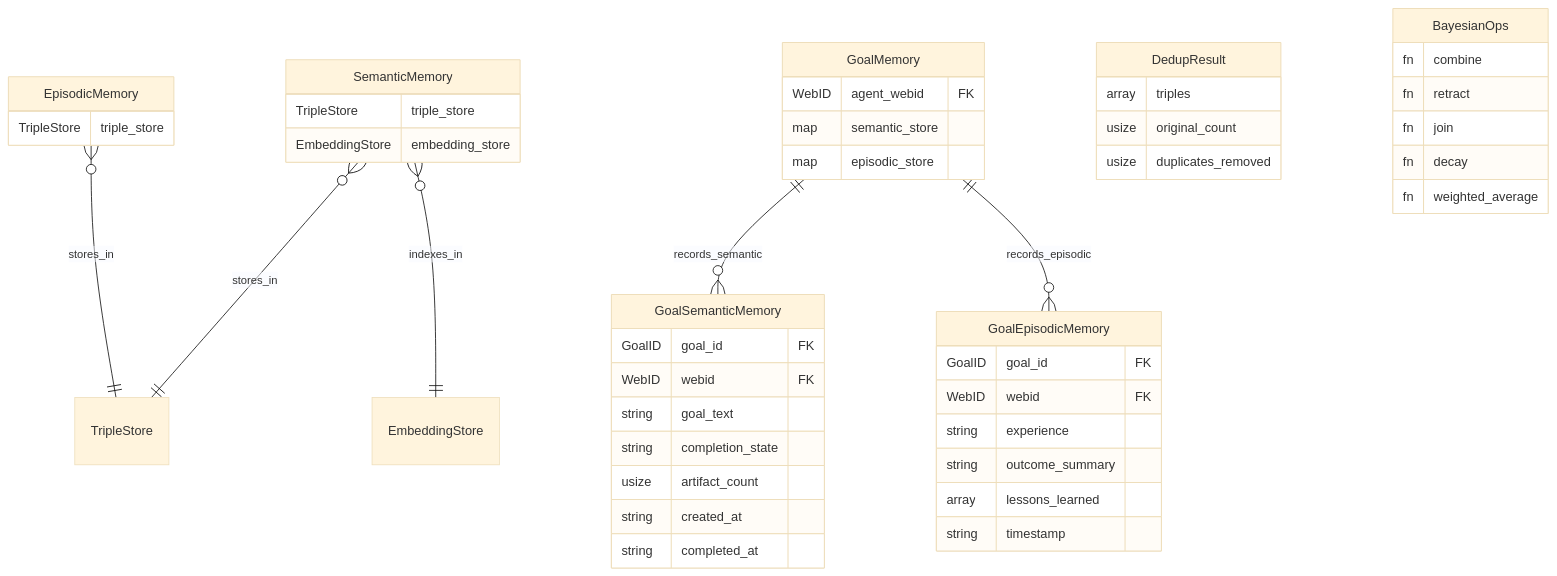
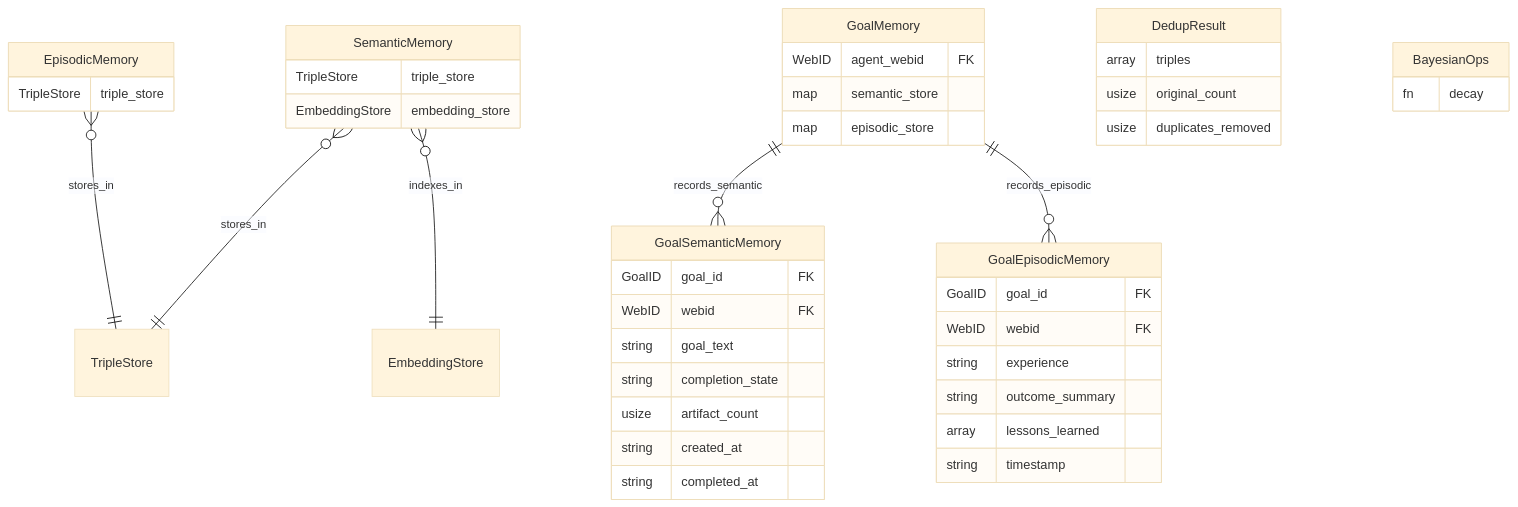
One commit to mdz-axo/hKask changed the fourth of 12 diagrams in docs/architecture/reference/subsystem-erds.md. Above: the diagram before and after it, drawn with Mermaid (base theme). The commit also changed 33 other files, not shown here.

````diff
--- a/docs/architecture/reference/subsystem-erds.md
+++ b/docs/architecture/reference/subsystem-erds.md
@@ -405,56 +405,52 @@
 ```mermaid
 erDiagram
     EpisodicMemory }o--|| TripleStore : "stores_in"
     SemanticMemory }o--|| TripleStore : "stores_in"
     SemanticMemory }o--|| EmbeddingStore : "indexes_in"
     GoalMemory ||--o{ GoalSemanticMemory : "records_semantic"
     GoalMemory ||--o{ GoalEpisodicMemory : "records_episodic"
 
     EpisodicMemory {
         TripleStore triple_store
     }
 
     SemanticMemory {
         TripleStore triple_store
         EmbeddingStore embedding_store
     }
 
     GoalSemanticMemory {
         GoalID goal_id FK
         WebID webid FK
         string goal_text
         string completion_state
         usize artifact_count
         string created_at
         string completed_at
     }
 
     GoalEpisodicMemory {
         GoalID goal_id FK
         WebID webid FK
         string experience
         string outcome_summary
         array lessons_learned
         string timestamp
     }
 
     GoalMemory {
         WebID agent_webid FK
         map semantic_store
         map episodic_store
     }
 
     DedupResult {
         array triples
         usize original_count
         usize duplicates_removed
     }
 
     BayesianOps {
-        fn combine
-        fn retract
-        fn join
         fn decay
-        fn weighted_average
     }
 ```
````
